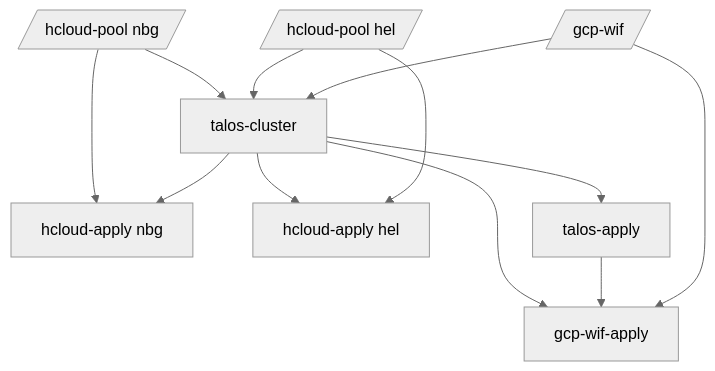
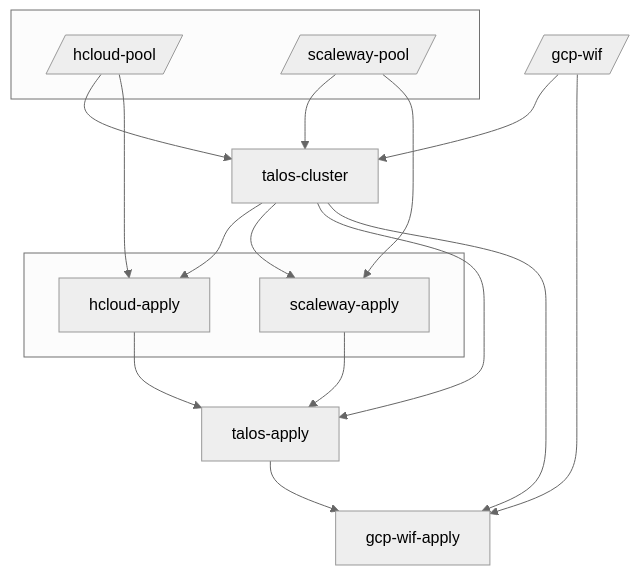
The diagram in README.md (miran248/terraform-talos-modules), drawn with Mermaid before and after one commit. The commit also changed other lines of this file and 62 other files, not shown here.

````diff
--- a/README.md
+++ b/README.md
@@ -27,23 +49,29 @@
 ```mermaid
-%%{init: {'theme': 'neutral' } }%%
+%%{init: {'theme': 'neutral'} }%%
 graph TD
+    subgraph pools[ ]
+        HPN[/hcloud-pool/]
+        SPN[/scaleway-pool/]
+    end
+    subgraph apply[ ]
+        HA[hcloud-apply]
+        SA[scaleway-apply]
+    end
     WIF[/gcp-wif/]
-    HPN[/hcloud-pool nbg/]
-    HPH[/hcloud-pool hel/]
     TC[talos-cluster]
-    HAN[hcloud-apply nbg]
-    HAH[hcloud-apply hel]
     TA[talos-apply]
     WIFA[gcp-wif-apply]
     HPN --> TC
-    HPN --> HAN
-    HPH --> TC
-    TC --> HAN
+    HPN --> HA
+    SPN --> TC
+    SPN --> SA
+    WIF --> TC
+    WIF --> WIFA
+    TC --> HA
+    TC --> SA
     TC --> TA
-    TC --> HAH
-    HPH --> HAH
     TC --> WIFA
+    HA --> TA
+    SA --> TA
     TA --> WIFA
-    WIF --> WIFA
-    WIF --> TC
 ```
````
